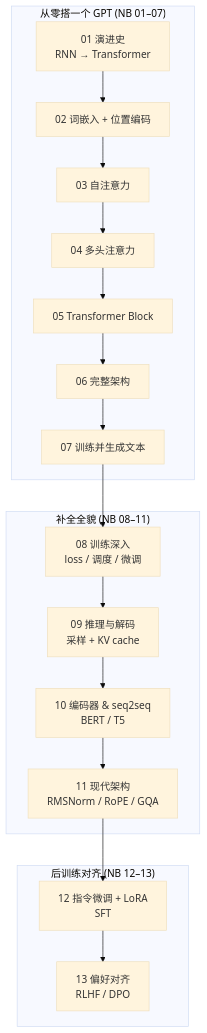
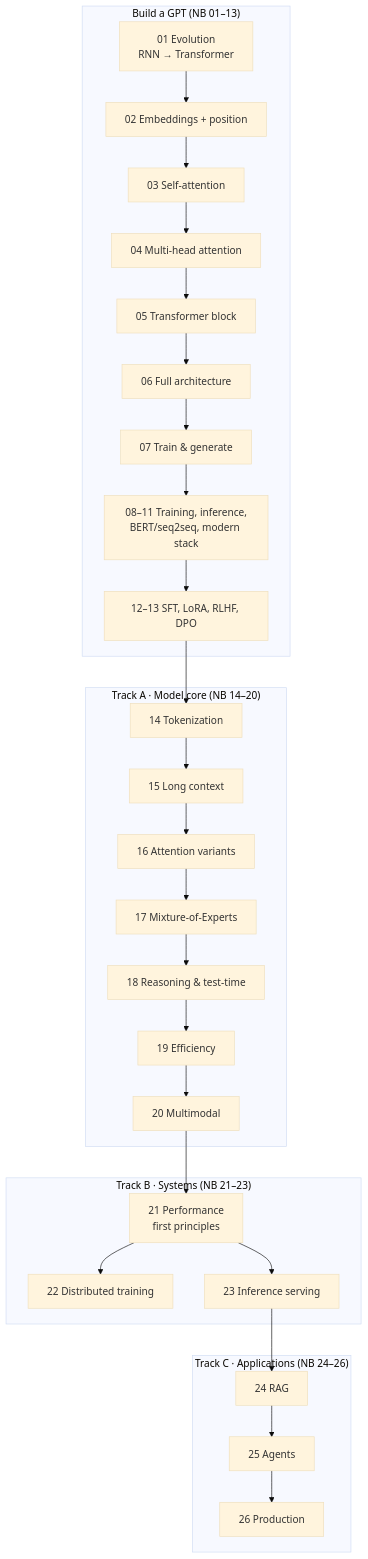
The first of 23 diagrams in docs/diagrams.md (Alas129/transformer-playground), drawn with Mermaid (base theme) before and after one commit. The commit also changed other lines of this file, not shown here.

Commit message:
updated diagrams

````diff
--- a/docs/diagrams.md
+++ b/docs/diagrams.md
@@ -13,22 +14,32 @@
 ```mermaid
 flowchart TD
-    subgraph FROM_SCRATCH["从零搭一个 GPT (NB 01–07)"]
-        A[01 演进史<br/>RNN → Transformer] --> B[02 词嵌入 + 位置编码]
-        B --> C[03 自注意力]
-        C --> D[04 多头注意力]
-        D --> E[05 Transformer Block]
-        E --> F[06 完整架构]
-        F --> G[07 训练并生成文本]
+    subgraph TRUNK["Build a GPT (NB 01–13)"]
+        A[01 Evolution<br/>RNN → Transformer] --> B[02 Embeddings + position]
+        B --> C[03 Self-attention]
+        C --> D[04 Multi-head attention]
+        D --> E[05 Transformer block]
+        E --> F[06 Full architecture]
+        F --> G[07 Train & generate]
+        G --> H[08–11 Training, inference,<br/>BERT/seq2seq, modern stack]
+        H --> I[12–13 SFT, LoRA, RLHF, DPO]
     end
-    subgraph COMPLETE["补全全貌 (NB 08–11)"]
-        H[08 训练深入<br/>loss / 调度 / 微调]
-        I[09 推理与解码<br/>采样 + KV cache]
-        J[10 编码器 & seq2seq<br/>BERT / T5]
-        K[11 现代架构<br/>RMSNorm / RoPE / GQA]
+    subgraph TA["Track A · Model core (NB 14–20)"]
+        A1[14 Tokenization] --> A2[15 Long context]
+        A2 --> A3[16 Attention variants]
+        A3 --> A4[17 Mixture-of-Experts]
+        A4 --> A5[18 Reasoning & test-time]
+        A5 --> A6[19 Efficiency]
+        A6 --> A7[20 Multimodal]
     end
-    subgraph POST["后训练对齐 (NB 12–13)"]
-        L[12 指令微调 + LoRA<br/>SFT]
-        M[13 偏好对齐<br/>RLHF / DPO]
+    subgraph TB["Track B · Systems (NB 21–23)"]
+        B1[21 Performance<br/>first principles] --> B2[22 Distributed training]
+        B1 --> B3[23 Inference serving]
     end
-    G --> H --> I --> J --> K --> L --> M
+    subgraph TC["Track C · Applications (NB 24–26)"]
+        C1[24 RAG] --> C2[25 Agents]
+        C2 --> C3[26 Production]
+    end
+    I --> A1
+    A7 --> B1
+    B3 --> C1
 ```
````
